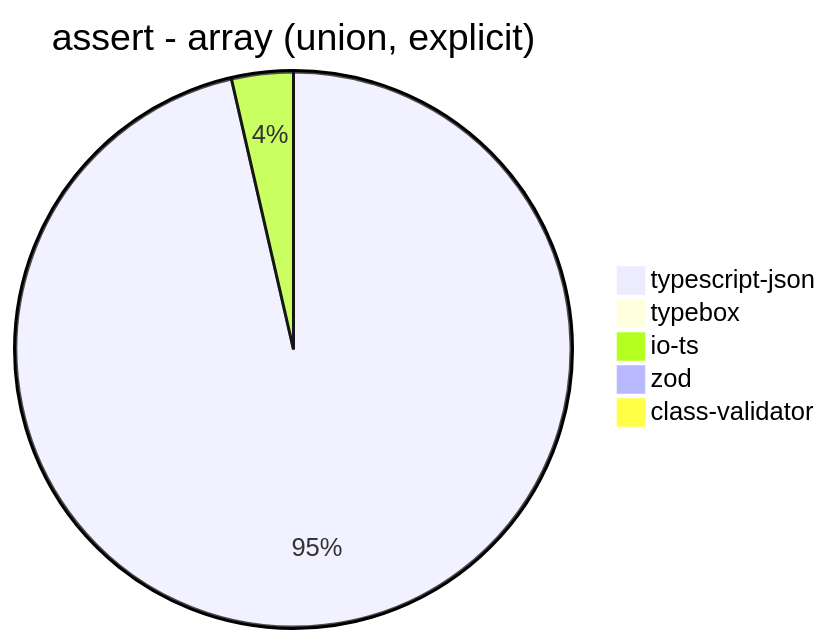
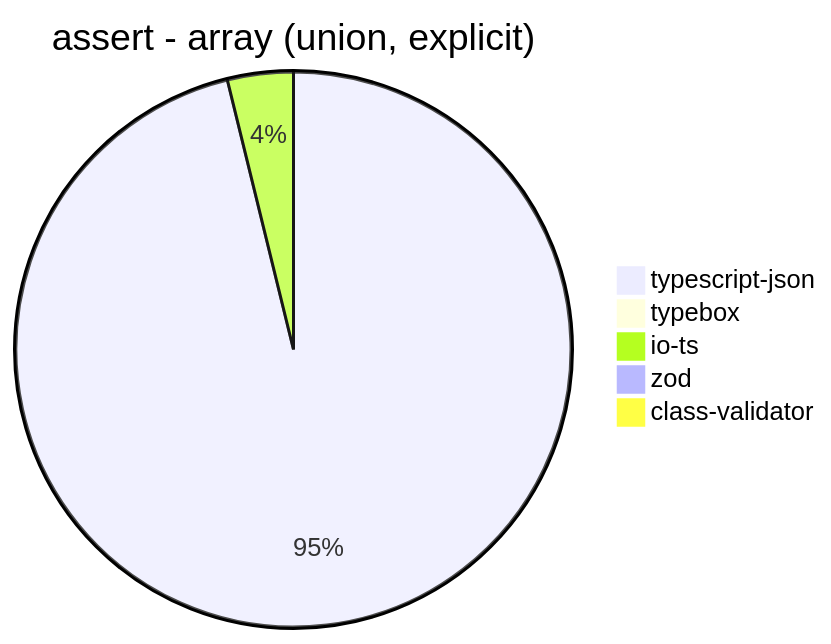
Before and after one commit to samchon/typia: diagram 14 of 39 in benchmark/results/11th Gen Intel(R) Core(TM) i5-1135G7 @ 2.40GHz.md, drawn with Mermaid. The commit also changed other lines of this file and 177 other files, not shown here.

````diff
--- a/benchmark/results/11th Gen Intel(R) Core(TM) i5-1135G7 @ 2.40GHz.md
+++ b/benchmark/results/11th Gen Intel(R) Core(TM) i5-1135G7 @ 2.40GHz.md
@@ -176,8 +176,8 @@
 ```mermaid
 pie title assert - array (union, explicit)
-  "typescript-json": 1980.8078961798574
-  "typebox": 18.725904167431615
-  "io-ts": 73.72367011781506
-  "zod": 2.523431867339582
-  "class-validator": 7.601038190582128
+  "typescript-json": 1926.0885473838273
+  "typebox": 19.651464590285503
+  "io-ts": 76.6961651917404
+  "zod": 2.6163333956269854
+  "class-validator": 7.243684992570579
 ```
````
